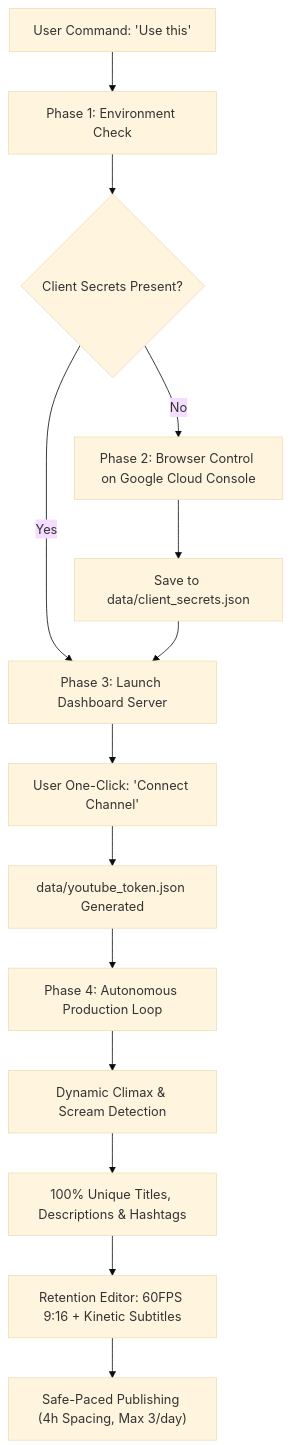
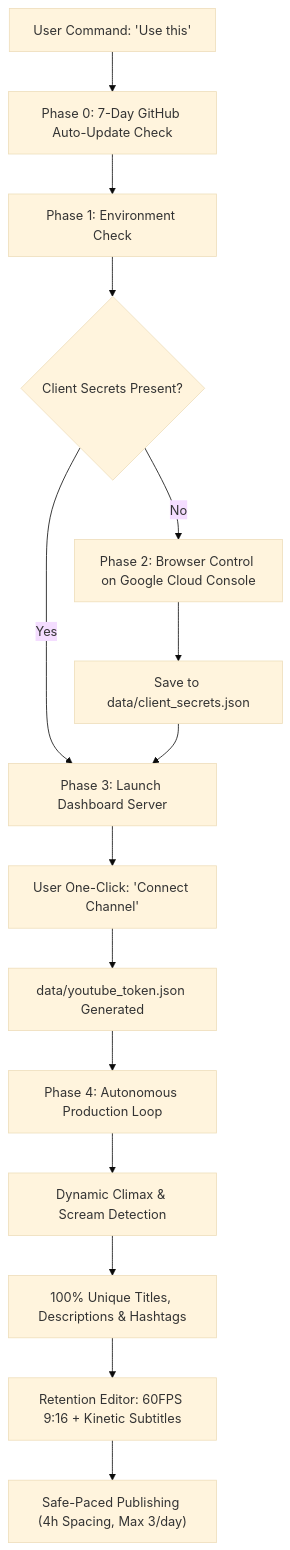
Before and after one commit to SailikNanda/money-glitch: the diagram in .agents/skills/money-glitch-autopilot/SKILL.md, drawn with Mermaid (base theme). The commit also changed other lines of this file and 10 other files, not shown here.

Commit message:
feat(updater): implement autonomous 7-day GitHub self-updater and Antigravity sync

````diff
--- a/.agents/skills/money-glitch-autopilot/SKILL.md
+++ b/.agents/skills/money-glitch-autopilot/SKILL.md
@@ -24,16 +24,17 @@
 ```mermaid
 flowchart TD
-    A["User Command: 'Use this'"] --> B["Phase 1: Environment Check"]
+    A["User Command: 'Use this'"] --> B0["Phase 0: 7-Day GitHub Auto-Update Check"]
+    B0 --> B["Phase 1: Environment Check"]
     B --> C{"Client Secrets Present?"}
     C -- No --> D["Phase 2: Browser Control on Google Cloud Console"]
     D --> E["Save to data/client_secrets.json"]
     C -- Yes --> F["Phase 3: Launch Dashboard Server"]
     E --> F
     F --> G["User One-Click: 'Connect Channel'"]
     G --> H["data/youtube_token.json Generated"]
     H --> I["Phase 4: Autonomous Production Loop"]
     I --> J["Dynamic Climax & Scream Detection"]
     J --> K["100% Unique Titles, Descriptions & Hashtags"]
     K --> L["Retention Editor: 60FPS 9:16 + Kinetic Subtitles"]
     L --> M["Safe-Paced Publishing (4h Spacing, Max 3/day)"]
 ```
````
